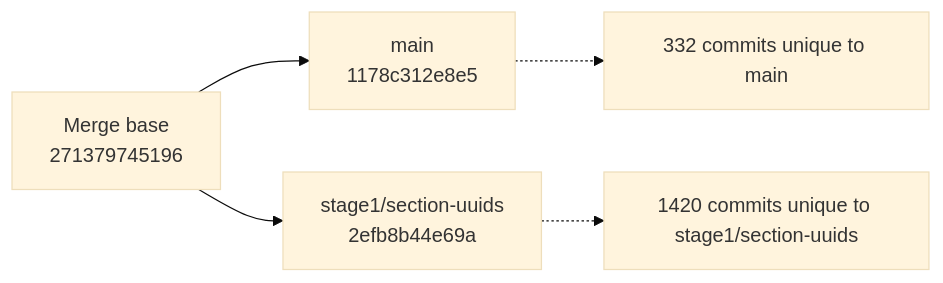
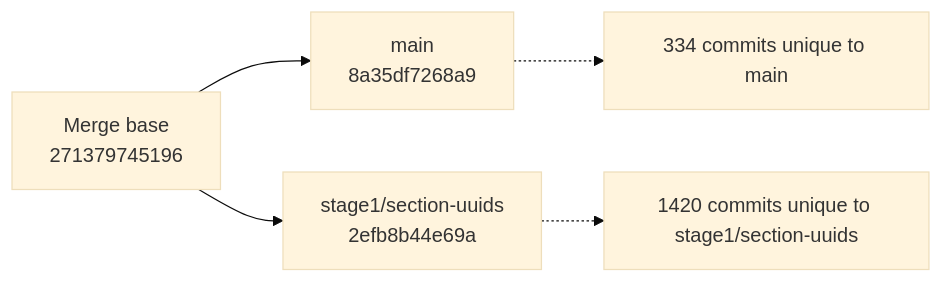
The diagram in branch-graphify-results/latest/git-lineage.mmd (snoopdock/Finite_element_analysis_project), drawn with Mermaid (base theme) before and after one commit. The commit also changed 11 other files, not shown here.

Commit message:
Update Graphify branch analysis [skip ci]

```diff
--- a/branch-graphify-results/latest/git-lineage.mmd
+++ b/branch-graphify-results/latest/git-lineage.mmd
@@ -1,10 +1,10 @@
 flowchart LR
   MB["Merge base<br/>271379745196"]
-  B["main<br/>1178c312e8e5"]
+  B["main<br/>8a35df7268a9"]
   C["stage1/section-uuids<br/>2efb8b44e69a"]
   MB --> B
   MB --> C
-  B_note["332 commits unique to main"]
+  B_note["334 commits unique to main"]
   C_note["1420 commits unique to stage1/section-uuids"]
   B -.-> B_note
   C -.-> C_note
```
